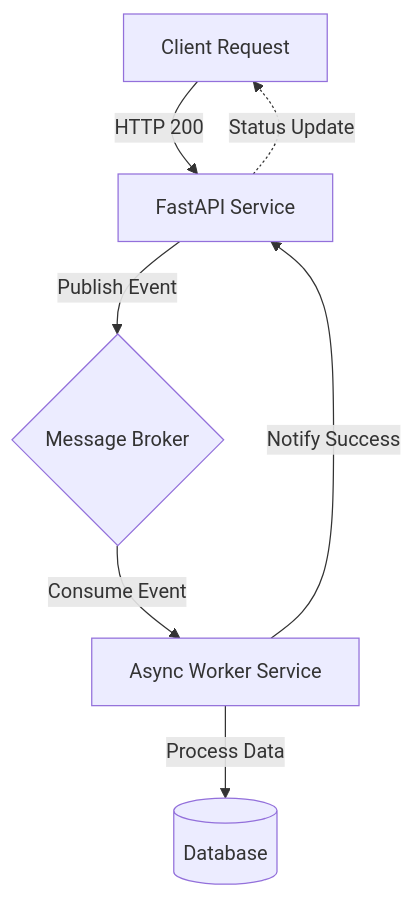
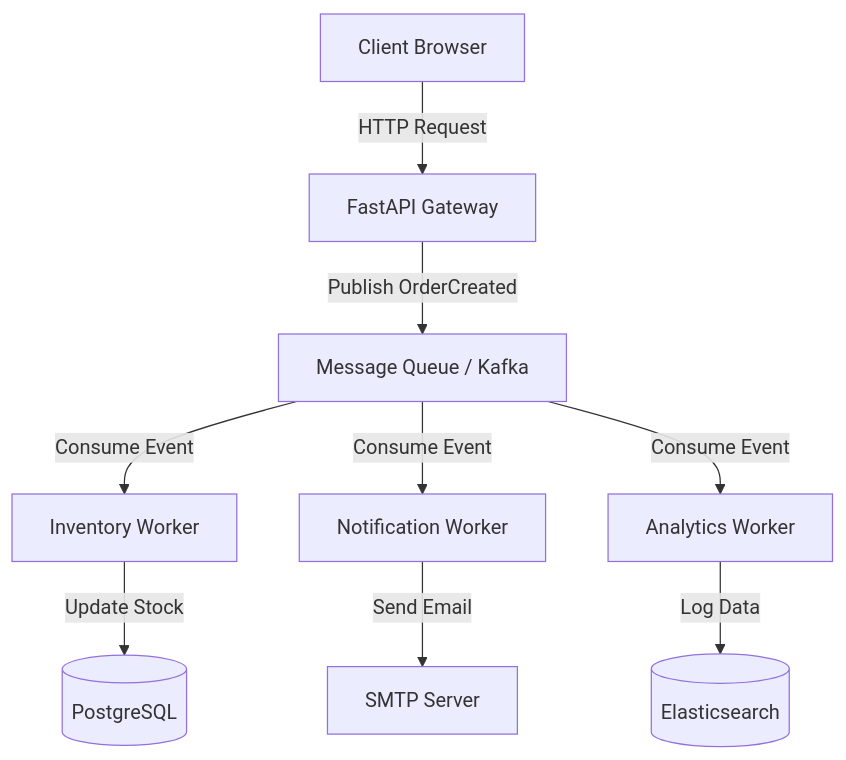
Before and after one commit to govindtank/govindtank.github.io: the diagram in src/content/blog/building-scalable-microservices-with-fastapi-and-event-driven-architecture.md, drawn with Mermaid. The commit also changed other lines of this file and 1 other file, not shown here.

First line of the commit message:
blog: Add Building Scalable Microservices with FastAPI and Event-Driven Architecture - 2026-06-17

````diff
--- a/src/content/blog/building-scalable-microservices-with-fastapi-and-event-driven-architecture.md
+++ b/src/content/blog/building-scalable-microservices-with-fastapi-and-event-driven-architecture.md
@@ -34,9 +32,11 @@
 ```mermaid
 graph TD
-    Client[Client Request] -->|HTTP 200| API[FastAPI Service]
-    API -->|Publish Event| Broker{Message Broker}
-    Broker -->|Consume Event| Worker[Async Worker Service]
-    Worker -->|Process Data| DB[(Database)]
-    Worker -->|Notify Success| API[FastAPI Service]
-    API -.->|Status Update| Client
+  Client[Client Browser] -->|HTTP Request| API[FastAPI Gateway]
+  API -->|Publish OrderCreated| MQ[Message Queue / Kafka]
+  MQ -->|Consume Event| Worker1[Inventory Worker]
+  MQ -->|Consume Event| Worker2[Notification Worker]
+  MQ -->|Consume Event| Worker3[Analytics Worker]
+  Worker1 -->|Update Stock| DB[(PostgreSQL)]
+  Worker2 -->|Send Email| SMTP[SMTP Server]
+  Worker3 -->|Log Data| LogDB[(Elasticsearch)]
 ```
````
